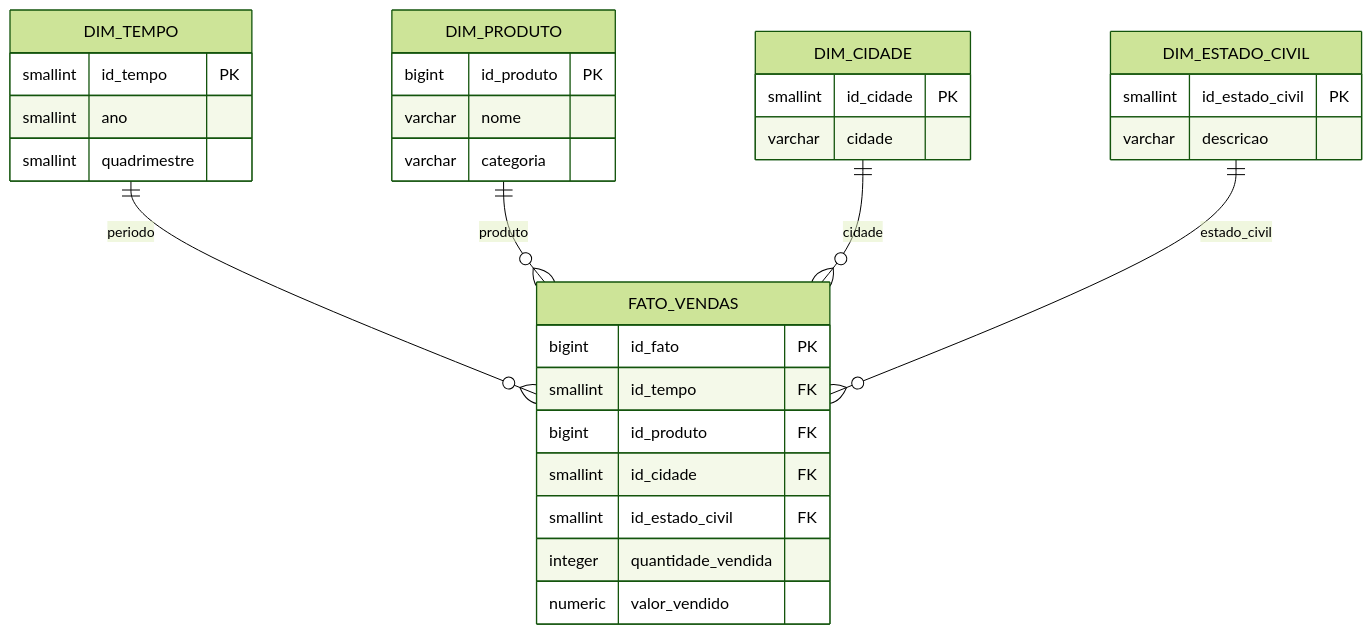
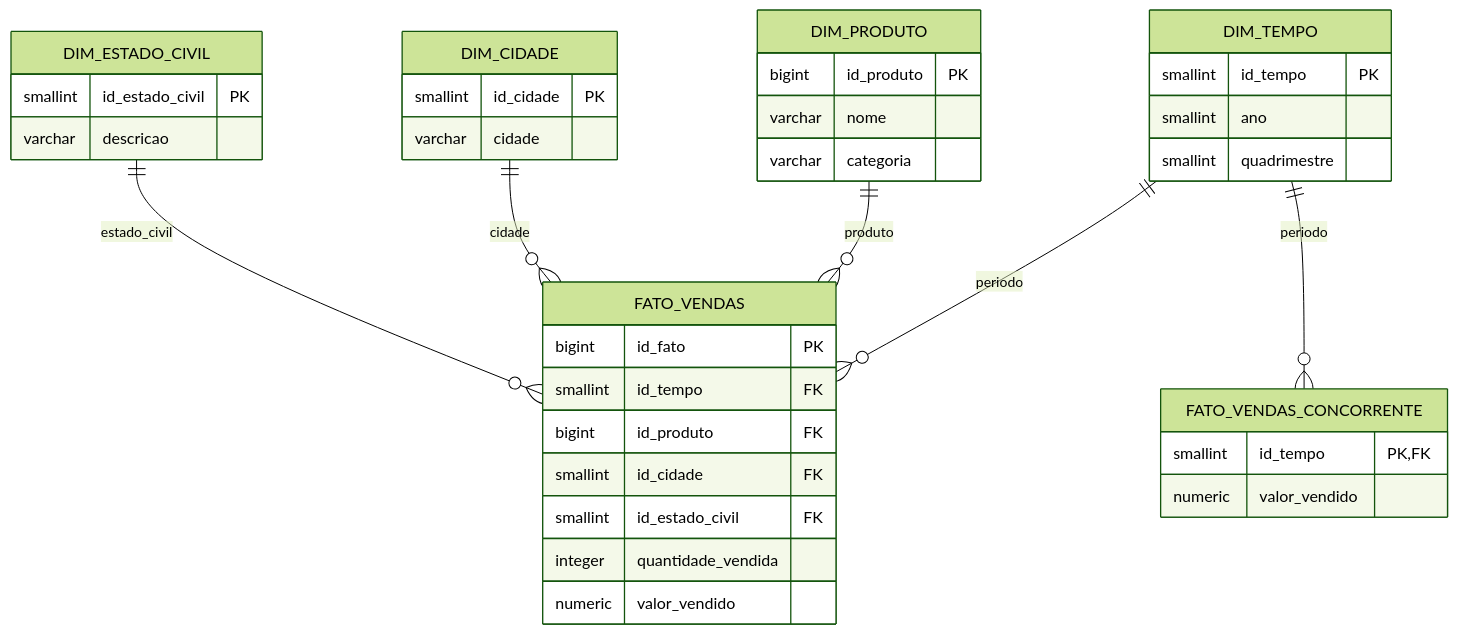
Before and after one commit to Ryaannsz/projeto_mineracao: the diagram in README.md, drawn with Mermaid (forest theme). The commit also changed other lines of this file and 18 other files, not shown here.

````diff
--- a/README.md
+++ b/README.md
@@ -19,35 +21,40 @@
 ```mermaid
 erDiagram
     DIM_TEMPO ||--o{ FATO_VENDAS : periodo
     DIM_PRODUTO ||--o{ FATO_VENDAS : produto
     DIM_CIDADE ||--o{ FATO_VENDAS : cidade
     DIM_ESTADO_CIVIL ||--o{ FATO_VENDAS : estado_civil
+    DIM_TEMPO ||--o{ FATO_VENDAS_CONCORRENTE : periodo
 
     DIM_TEMPO {
         smallint id_tempo PK
         smallint ano
         smallint quadrimestre
     }
     DIM_PRODUTO {
         bigint id_produto PK
         varchar nome
         varchar categoria
     }
     DIM_CIDADE {
         smallint id_cidade PK
         varchar cidade
     }
     DIM_ESTADO_CIVIL {
         smallint id_estado_civil PK
         varchar descricao
     }
     FATO_VENDAS {
         bigint id_fato PK
         smallint id_tempo FK
         bigint id_produto FK
         smallint id_cidade FK
         smallint id_estado_civil FK
         integer quantidade_vendida
         numeric valor_vendido
     }
+    FATO_VENDAS_CONCORRENTE {
+        smallint id_tempo PK, FK
+        numeric valor_vendido
+    }
 ```
````
